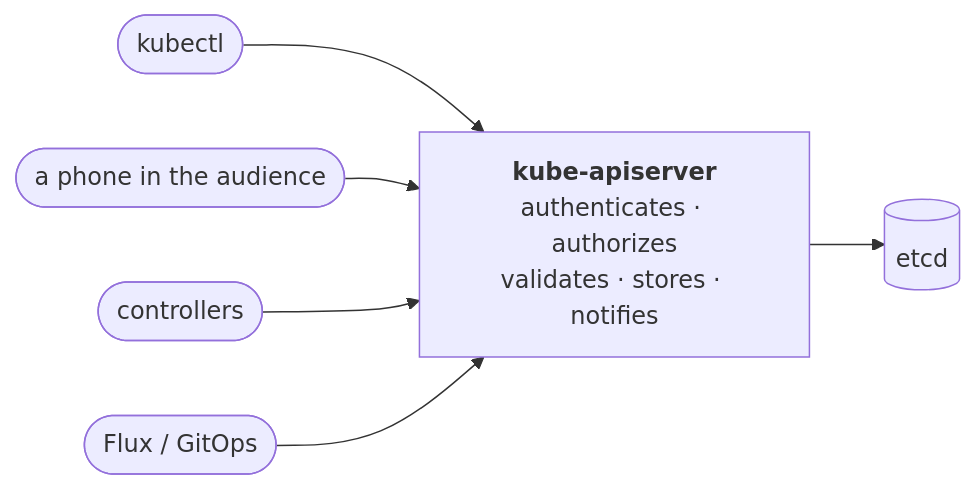
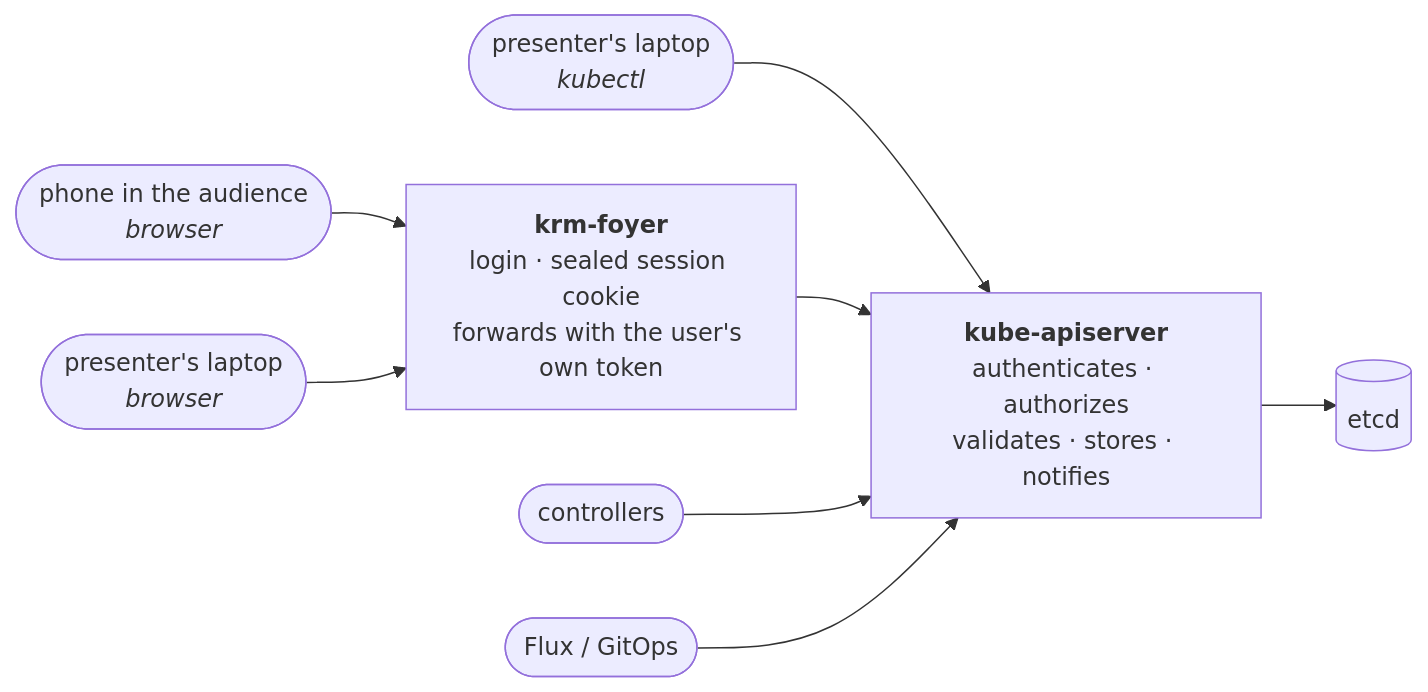
Before and after one commit to sunib/voter: the first of 2 diagrams in docs/kubernetes-as-a-bff.md, drawn with Mermaid. The commit also changed other lines of this file, not shown here.

First line of the commit message:
docs: put krm-foyer and the browsers in front of the API server

````diff
--- a/docs/kubernetes-as-a-bff.md
+++ b/docs/kubernetes-as-a-bff.md
@@ -116,8 +116,10 @@
 ```mermaid
 flowchart LR
-    K(["kubectl"]) --> API
-    B(["a phone in the audience"]) --> API
+    P(["phone in the audience<br/><i>browser</i>"]) --> FOY
+    L(["presenter's laptop<br/><i>browser</i>"]) --> FOY
+    K(["presenter's laptop<br/><i>kubectl</i>"]) --> API
+    FOY["<b>krm-foyer</b><br/>login · sealed session cookie<br/>forwards with the user's own token"] --> API
     C(["controllers"]) --> API
     F(["Flux / GitOps"]) --> API
     API["<b>kube-apiserver</b><br/>authenticates · authorizes<br/>validates · stores · notifies"] --> E[("etcd")]
 ```
````
